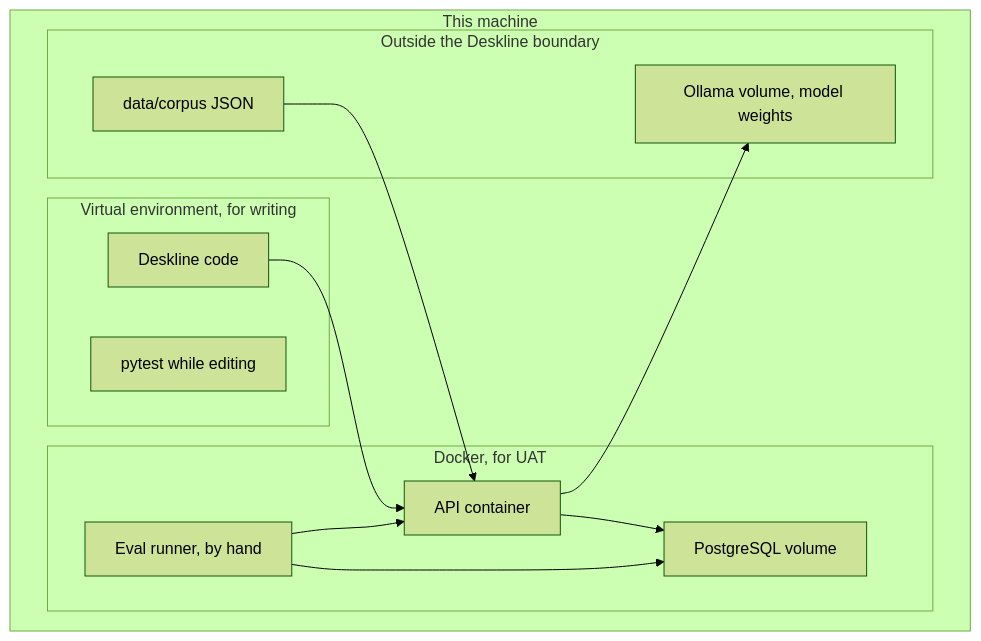
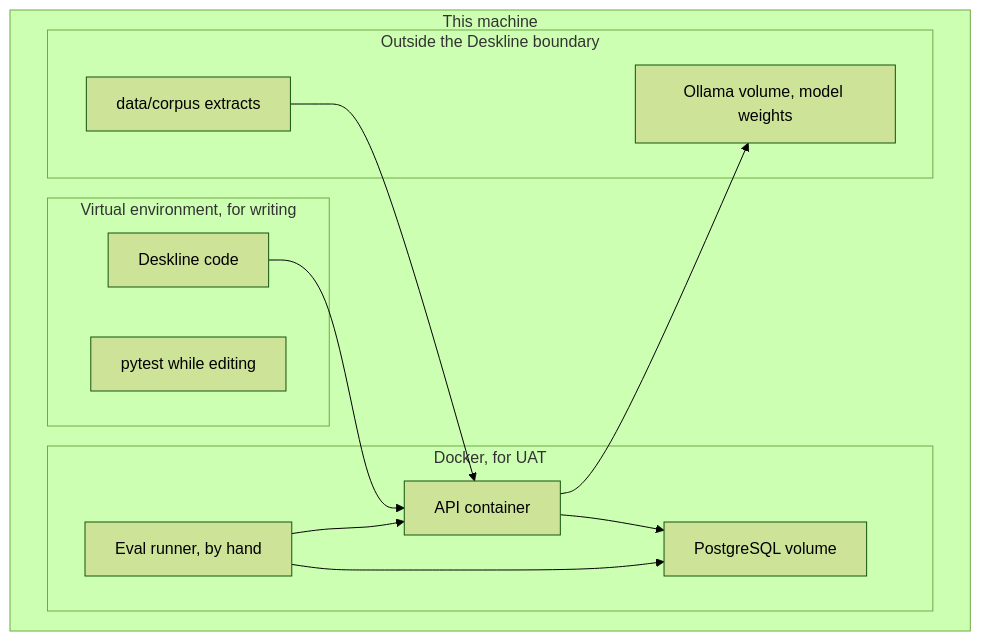
Before and after one commit to ramy-glitch/Deskline: the sixth of 6 diagrams in docs/alpha_build.md, drawn with Mermaid (forest theme). The commit also changed other lines of this file and 12 other files, not shown here.

````diff
--- a/docs/alpha_build.md
+++ b/docs/alpha_build.md
@@ -256,25 +268,25 @@
 ```mermaid
 flowchart TB
     subgraph machine [This machine]
         subgraph workbench [Virtual environment, for writing]
             code[Deskline code]
             tests[pytest while editing]
         end
         subgraph docker [Docker, for UAT]
             api[API container]
             pg[PostgreSQL volume]
             ev[Eval runner, by hand]
         end
         subgraph outside [Outside the Deskline boundary]
             ollama[Ollama volume, model weights]
-            json[data/corpus JSON]
+            json[data/corpus extracts]
         end
     end
 
     code --> api
     json --> api
     api --> pg
     api --> ollama
     ev --> api
     ev --> pg
 ```
````
